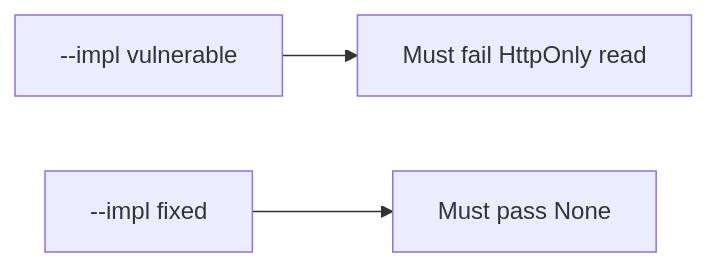
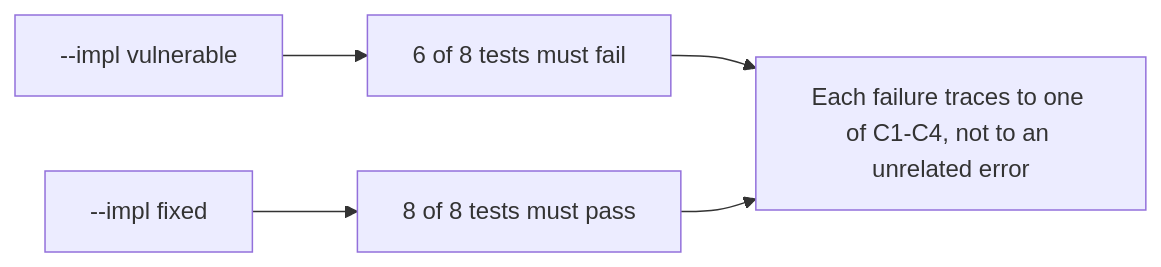
Before and after one commit to ishitvagoel/LearnSecurity: the diagram in content/modules/2/2.3/lessons/05-verify.md, drawn with Mermaid. The commit also changed other lines of this file and 23 other files, not shown here.

````diff
--- a/content/modules/2/2.3/lessons/05-verify.md
+++ b/content/modules/2/2.3/lessons/05-verify.md
@@ -14,5 +15,7 @@
 ```mermaid
 flowchart LR
-  V["--impl vulnerable"] --> F[Must fail HttpOnly read]
-  X["--impl fixed"] --> P[Must pass None]
+  V["--impl vulnerable"] --> F["6 of 8 tests must fail"]
+  X["--impl fixed"] --> P["8 of 8 tests must pass"]
+  F --> Reason["Each failure traces to one of C1-C4, not to an unrelated error"]
+  P --> Reason
 ```
````
